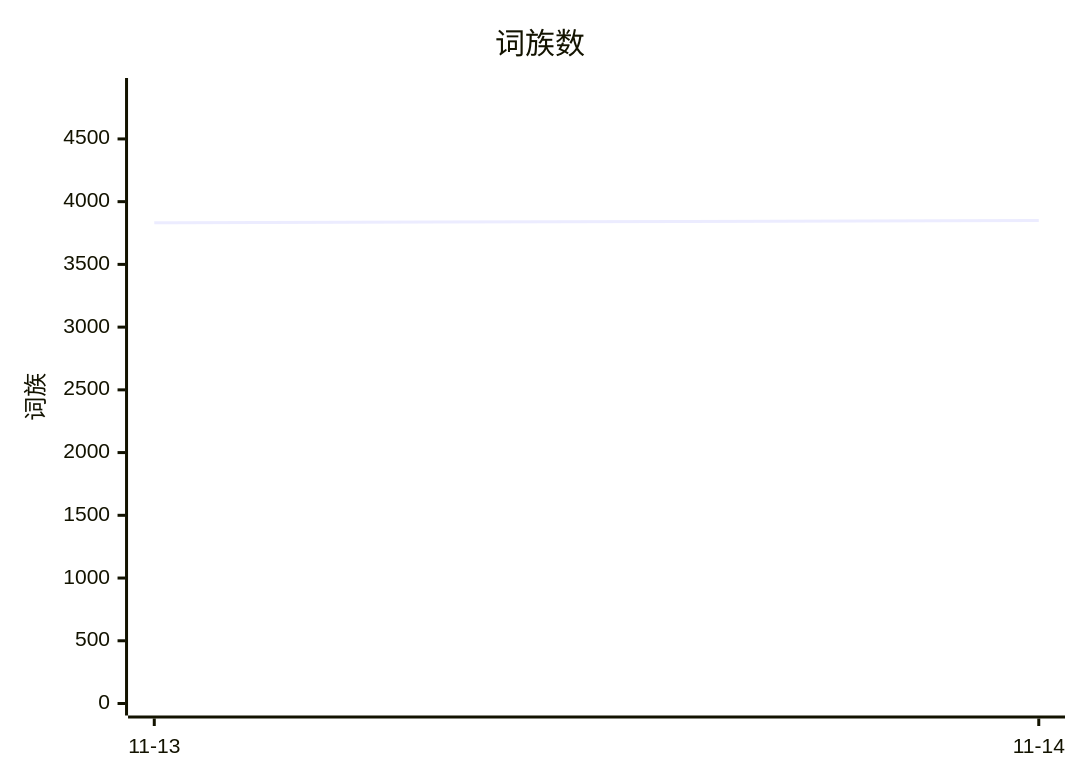
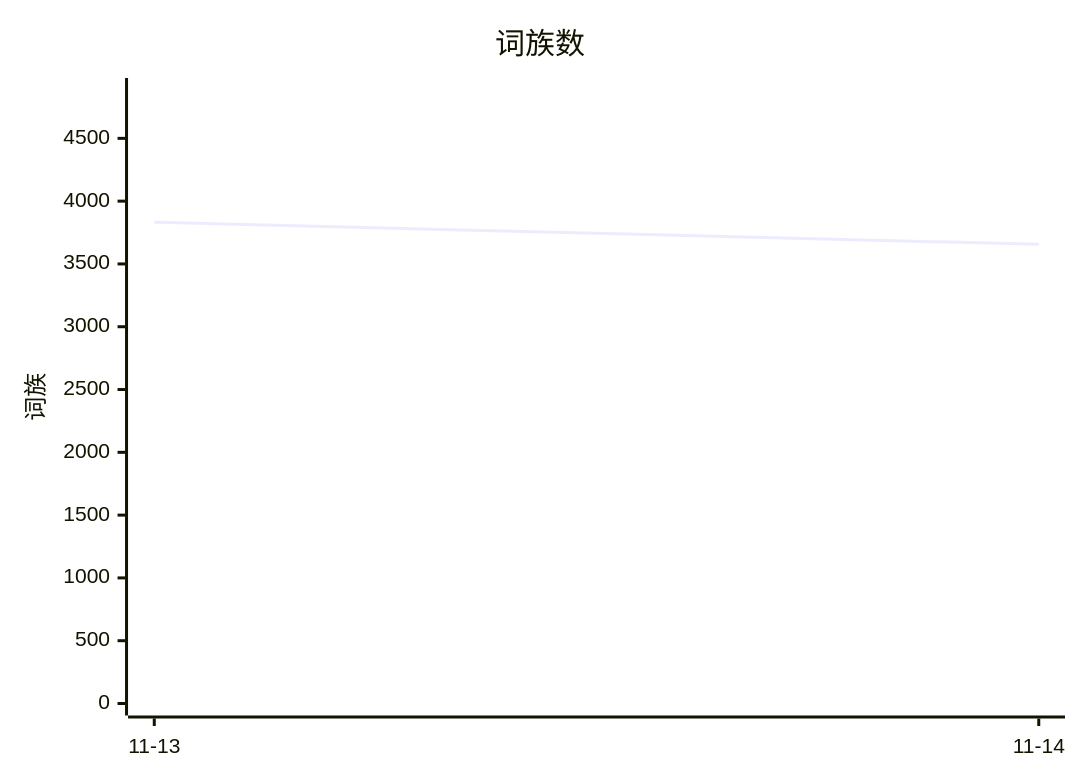
Before and after one commit to Frank-Humingtao/english-profile: the diagram in README.md, drawn with Mermaid. The commit also changed other lines of this file and 4 other files, not shown here.

````diff
--- a/README.md
+++ b/README.md
@@ -13,7 +13,7 @@
 ```mermaid
 xychart-beta
   title "词族数"
   x-axis ["11-13", "11-14"]
-  y-axis "词族" 0 --> 4890
-  line [3832, 3850]
+  y-axis "词族" 0 --> 4885
+  line [3832, 3656]
 ```
````
